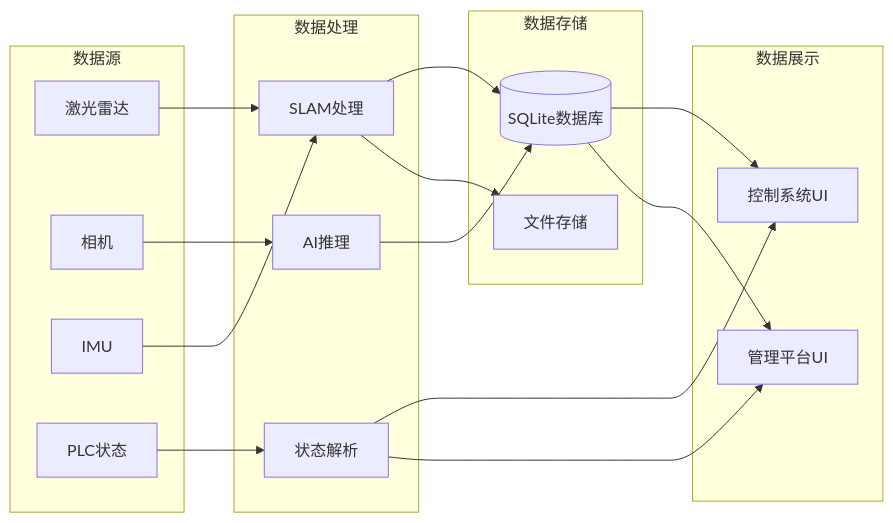
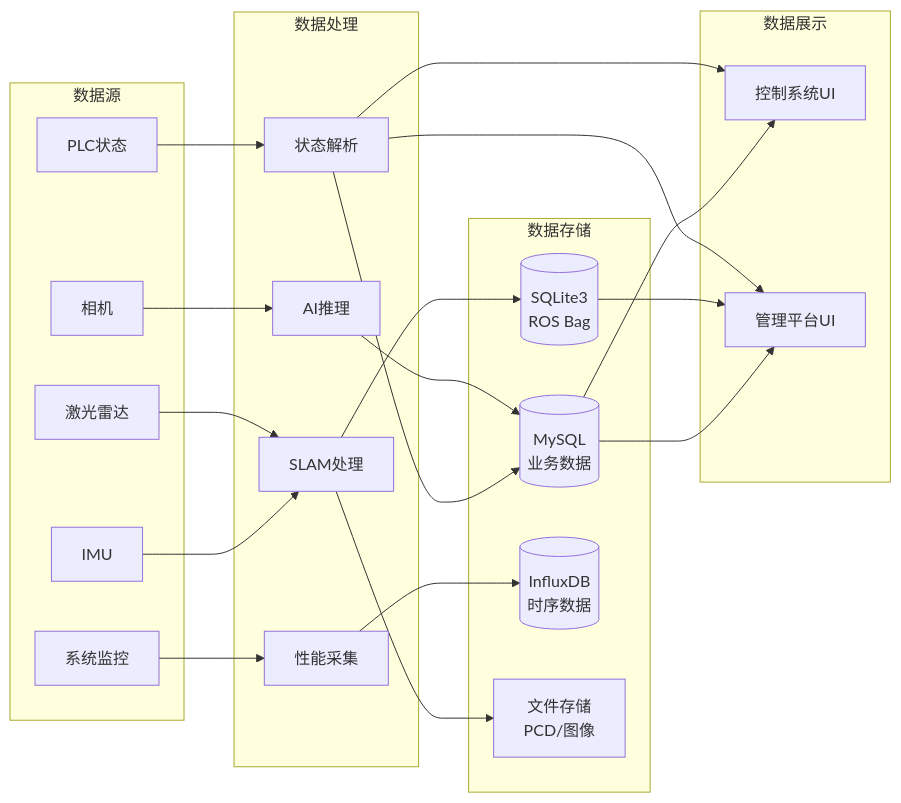
Before and after one commit to wsxq2/epoxybot: the tenth of 15 diagrams in docs/03_系统架构设计.md, drawn with Mermaid. The commit also changed other lines of this file and 1 other file, not shown here.

Commit message:
Update data storage architecture and database management details in technical comparison document

````diff
--- a/docs/03_系统架构设计.md
+++ b/docs/03_系统架构设计.md
@@ -681,36 +685,44 @@
 ```mermaid
 graph LR
     subgraph "数据源"
         S1[激光雷达]
         S2[相机]
         S3[IMU]
         S4[PLC状态]
+        S5[系统监控]
     end
     
     subgraph "数据处理"
         P1[SLAM处理]
         P2[AI推理]
         P3[状态解析]
+        P4[性能采集]
     end
     
     subgraph "数据存储"
-        DB[(SQLite数据库)]
-        FILE[文件存储]
+        DB1[(SQLite3<br/>ROS Bag)]
+        DB2[(MySQL<br/>业务数据)]
+        DB3[(InfluxDB<br/>时序数据)]
+        FILE[文件存储<br/>PCD/图像]
     end
     
     subgraph "数据展示"
         UI1[控制系统UI]
         UI2[管理平台UI]
     end
     
     S1 --> P1
     S2 --> P2
     S3 --> P1
     S4 --> P3
+    S5 --> P4
     
-    P1 --> DB & FILE
-    P2 --> DB
+    P1 --> DB1 & FILE
+    P2 --> DB2
+    P3 --> DB2
     P3 --> UI1 & UI2
+    P4 --> DB3
     
-    DB --> UI1 & UI2
+    DB1 --> UI2
+    DB2 --> UI1 & UI2
 ```
````
